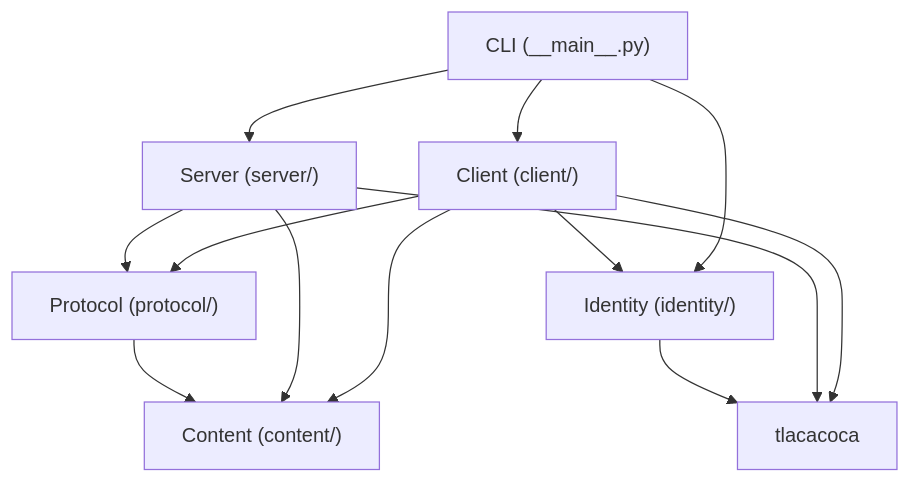
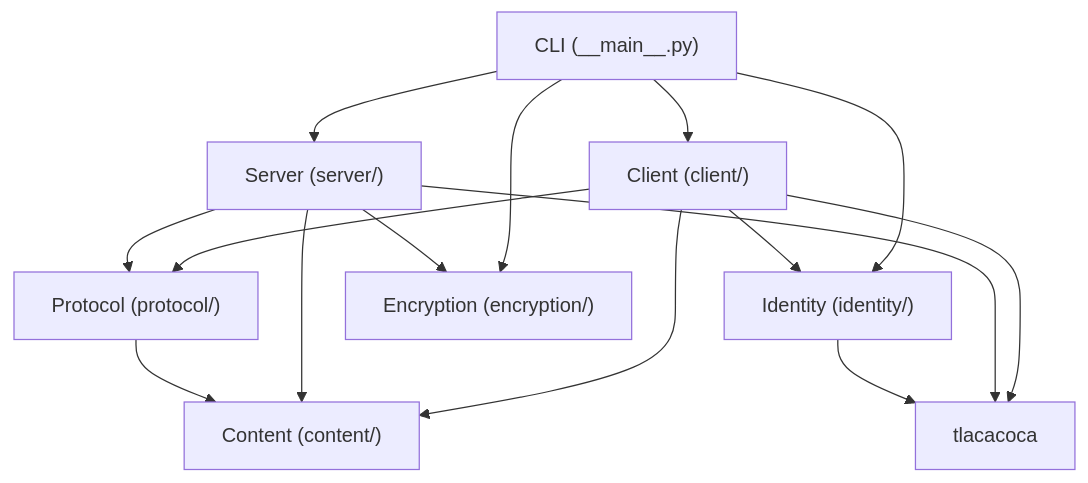
Before and after one commit to alanbato/titlani: the diagram in docs/explanation/architecture.md, drawn with Mermaid. The commit also changed other lines of this file and 8 other files, not shown here.

````diff
--- a/docs/explanation/architecture.md
+++ b/docs/explanation/architecture.md
@@ -7,23 +7,26 @@
 ```mermaid
 graph TB
     CLI["CLI (__main__.py)"]
     Client["Client (client/)"]
     Server["Server (server/)"]
     Identity["Identity (identity/)"]
     Content["Content (content/)"]
     Protocol["Protocol (protocol/)"]
+    Encryption["Encryption (encryption/)"]
     Tlacacoca["tlacacoca"]
 
     CLI --> Client
     CLI --> Server
     CLI --> Identity
+    CLI --> Encryption
     Client --> Protocol
     Client --> Content
     Client --> Identity
     Client --> Tlacacoca
     Server --> Protocol
     Server --> Content
+    Server --> Encryption
     Server --> Tlacacoca
     Protocol --> Content
     Identity --> Tlacacoca
 ```
````
